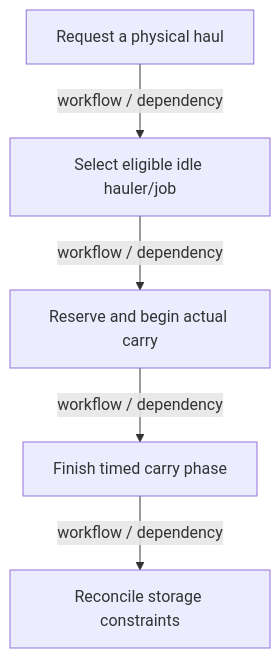
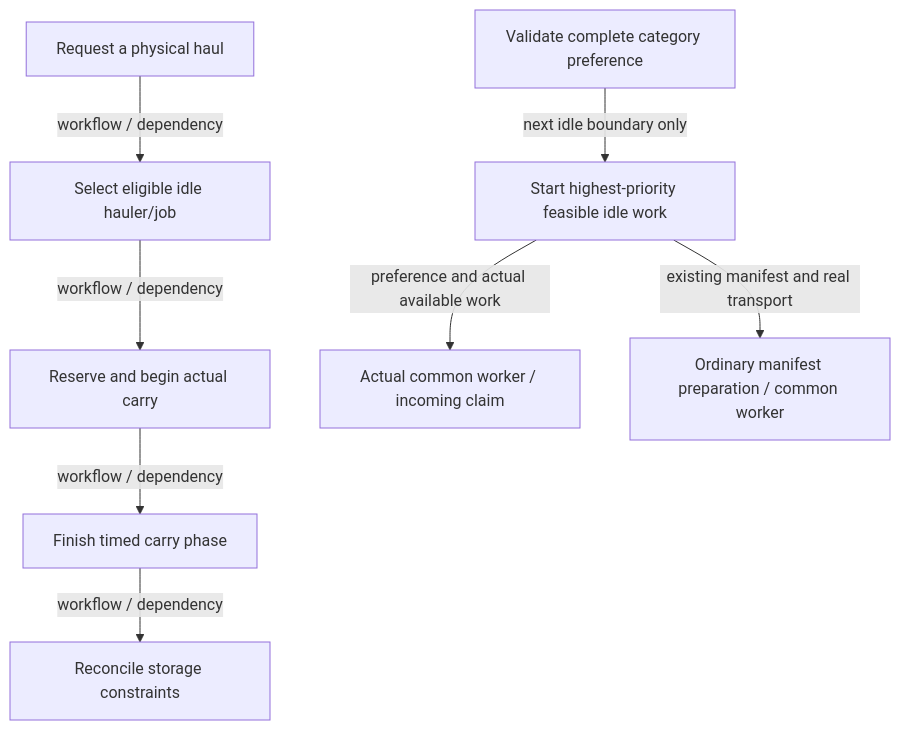
The seventh of 50 diagrams in docs/system_atlas.md (TheInfinityIQ/Trencho_V4), drawn with Mermaid before and after one commit. The commit also changed other lines of this file and 26 other files, not shown here.

Commit message:
Document hauling behavior evidence and reviewed system flows

````diff
--- a/docs/system_atlas.md
+++ b/docs/system_atlas.md
@@ -277,12 +277,19 @@
 ```mermaid
 flowchart TD
     n0["Request a physical haul"]
     n1["Select eligible idle hauler/job"]
     n2["Reserve and begin actual carry"]
     n3["Finish timed carry phase"]
     n4["Reconcile storage constraints"]
+    hauling_order["Validate complete category preference"]
+    hauling_next["Start highest-priority feasible idle work"]
+    shared_incoming["Actual common worker / incoming claim"]
+    shared_outgoing["Ordinary manifest preparation / common worker"]
     n0 -->|"workflow / dependency"| n1
     n1 -->|"workflow / dependency"| n2
     n2 -->|"workflow / dependency"| n3
     n3 -->|"workflow / dependency"| n4
+    hauling_order -->|"next idle boundary only"| hauling_next
+    hauling_next -->|"preference and actual available work"| shared_incoming
+    hauling_next -->|"existing manifest and real transport"| shared_outgoing
 ```
````
